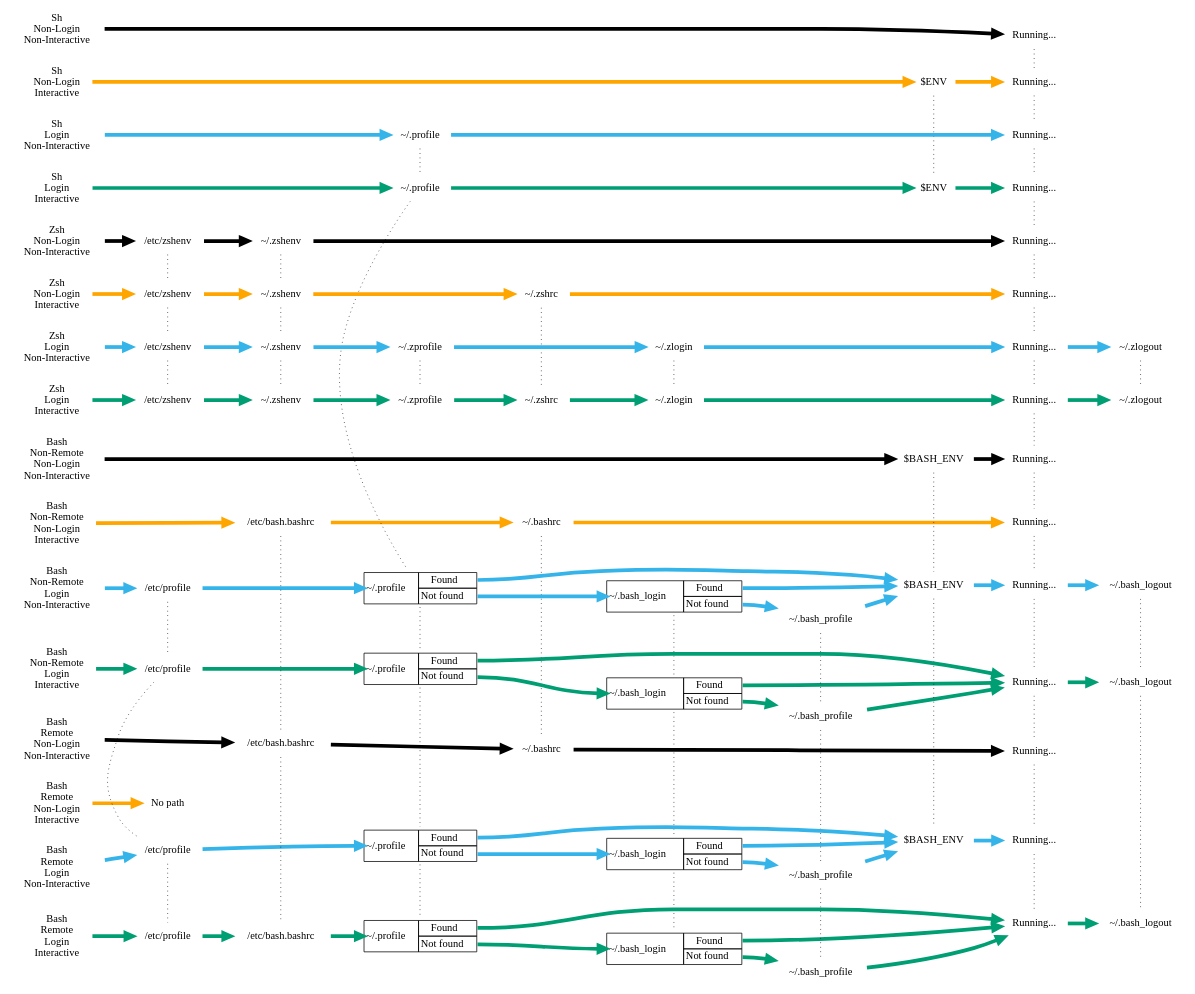
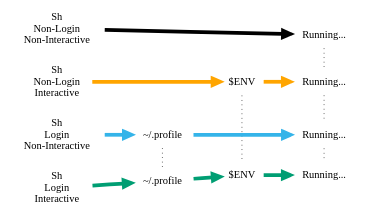
The diagram in assets/sh-zsh-bash-refactor/samerank/samerank.dot (mikemol/mikemol.github.io), drawn with Graphviz before and after one commit. The commit also changed 8 other files, not shown here.

```diff
--- a/assets/sh-zsh-bash-refactor/samerank/samerank.dot
+++ b/assets/sh-zsh-bash-refactor/samerank/samerank.dot
@@ -8,73 +8,7 @@
         sh_ni [label="Sh\nNon-Login\nInteractive"]
         sh_ln [label="Sh\nLogin\nNon-Interactive"]
         sh_li [label="Sh\nLogin\nInteractive"]
-        zsh_nn [label="Zsh\nNon-Login\nNon-Interactive"]
-        zsh_ni [label="Zsh\nNon-Login\nInteractive"]
-        zsh_ln [label="Zsh\nLogin\nNon-Interactive"]
-        zsh_li [label="Zsh\nLogin\nInteractive"]
-        bash_nnn [label="Bash\nNon-Remote\nNon-Login\nNon-Interactive"]
-        bash_nni [label="Bash\nNon-Remote\nNon-Login\nInteractive"]
-        bash_nln [label="Bash\nNon-Remote\nLogin\nNon-Interactive"]
-        bash_nli [label="Bash\nNon-Remote\nLogin\nInteractive"]
-        bash_rnn [label="Bash\nRemote\nNon-Login\nNon-Interactive"]
-        bash_rni [label="Bash\nRemote\nNon-Login\nInteractive"]
-        bash_rln [label="Bash\nRemote\nLogin\nNon-Interactive"]
-        bash_rli [label="Bash\nRemote\nLogin\nInteractive"]
-
-        edge [constraint=true style=invis]
-        bash_rnn -> bash_rni -> bash_rln 
     }
-    {
-        rank=same
-        node [label="/etc/profile"]
-        bash_nln_etc_profile ->
-        bash_nli_etc_profile ->
-        bash_rln_etc_profile ->
-        bash_rli_etc_profile
-    }
-    {
-        rank=same
-        node [label="~/.zlogin"]
-        zsh_ln_home_zlogin ->
-        zsh_li_home_zlogin
-
-        node  [label=< <table border='0' cellborder='1' cellspacing='0'><tr><td rowspan='2' port='in'>~/.bash_login</td><td port='found'>Found</td></tr><tr><td port='not_found'>Not found</td></tr></table> > shape=none]
-        bash_nln_home_bash_login_case ->
-        bash_nli_home_bash_login_case ->
-        bash_rln_home_bash_login_case ->
-        bash_rli_home_bash_login_case
-    }
-    {
-        rank=same
-        node [label="~/.bash_profile"]
-        bash_nln_home_bash_profile ->
-        bash_nli_home_bash_profile ->
-        bash_rln_home_bash_profile ->
-        bash_rli_home_bash_profile
-    }
-
-    {
-        rank=same
-        node [label="/etc/bash.bashrc"]
-        bash_nni_bashrc ->
-        bash_rnn_bashrc ->
-        bash_rli_bashrc
-    }
-    {
-        rank=same
-        node [label="~/.zshrc"]
-        zsh_ni_home_zshrc
-        zsh_li_home_zshrc
-        node [label="~/.bashrc"]
-        bash_nni_home_bashrc
-        bash_rnn_home_bashrc
-
-        zsh_ni_home_zshrc ->
-        zsh_li_home_zshrc
-        bash_nni_home_bashrc ->
-        bash_rnn_home_bashrc
-    }
-    
     {
         rank=same
         edge [constraint=true]
@@ -82,82 +16,20 @@
         sh_nn_running ->
         sh_ni_running ->
         sh_ln_running ->
-        sh_li_running ->
-        zsh_nn_running ->
-        zsh_ni_running ->
-        zsh_ln_running_to_logout ->
-        zsh_li_running_to_logout ->
-        bash_nnn_running ->
-        bash_nni_running ->
-        bash_nln_running_to_logout ->
-        bash_nli_running_to_logout ->
-        bash_rnn_running ->
-        bash_rln_running ->
-        bash_rli_running_to_logout
+        sh_li_running
     }
-
-
     {
         rank=same
-        node [label="$BASH_ENV"]
-        bash_nnn_bash_env ->
-        bash_nln_bash_env ->
-        bash_rln_bash_env
         node [label="$ENV"]
         sh_ni_env ->
         sh_li_env
     }
-
-    {
-        rank=same
-        node [label="~/.zlogout"]
-        zsh_ln_home_zlogout ->
-        zsh_li_home_zlogout
-        node [label="~/.bash_logout"]
-        bash_nln_logout ->
-        bash_nli_logout ->
-        bash_rli_logout
-    }
-
     {
         rank=same
         node [label="~/.profile"]
         sh_ln_home_profile ->
         sh_li_home_profile
-
-        node [label="~/.zprofile"]
-        zsh_ln_home_zprofile ->
-        zsh_li_home_zprofile
-
-        node [label=< <table border='0' cellborder='1' cellspacing='0'><tr><td rowspan='2' port='in'>~/.profile</td><td port='found'>Found</td></tr><tr><td port='not_found'>Not found</td></tr></table> > shape=none]
-        bash_nln_home_profile_case ->
-        bash_nli_home_profile_case ->
-        bash_rln_home_profile_case ->
-        bash_rli_home_profile_case
-
-        sh_li_home_profile -> bash_nln_home_profile_case
-
     }
-
-    {
-        rank=same
-        node [label="~/.zshenv"]
-        zsh_nn_home_zshenv ->
-        zsh_ni_home_zshenv ->
-        zsh_ln_home_zshenv ->
-        zsh_li_home_zshenv
-    }
-
-    {
-        rank=same
-        node [label="/etc/zshenv"]
-        zsh_nn_etc_zshenv ->
-        zsh_ni_etc_zshenv ->
-        zsh_ln_etc_zshenv ->
-        zsh_li_etc_zshenv
-    }
-
-    no_path [label="No path"]
 
     edge [penwidth=5 constraint=true style=solid dir=forward]
 
@@ -172,62 +44,4 @@
 
     edge [color="#009e73"]
     sh_li -> sh_li_home_profile -> sh_li_env -> sh_li_running
-
-    edge [color="black"]
-    zsh_nn -> zsh_nn_etc_zshenv -> zsh_nn_home_zshenv -> zsh_nn_running
-
-    edge [color="orange"]
-    zsh_ni -> zsh_ni_etc_zshenv -> zsh_ni_home_zshenv -> zsh_ni_home_zshrc -> zsh_ni_running
-
-    edge [color="#35b4e9"]
-    zsh_ln -> zsh_ln_etc_zshenv -> zsh_ln_home_zshenv -> zsh_ln_home_zprofile -> zsh_ln_home_zlogin -> zsh_ln_running_to_logout -> zsh_ln_home_zlogout
-
-    edge [color="#009e73"]
-    zsh_li -> zsh_li_etc_zshenv -> zsh_li_home_zshenv -> zsh_li_home_zprofile -> zsh_li_home_zshrc -> zsh_li_home_zlogin -> zsh_li_running_to_logout -> zsh_li_home_zlogout
-
-    edge [color="black"]
-    bash_nnn -> bash_nnn_bash_env -> bash_nnn_running
-
-    edge [color="orange"]
-    bash_nni -> bash_nni_bashrc
-    bash_nni_bashrc -> bash_nni_home_bashrc -> bash_nni_running
-
-    edge [color="#35b4e9"]
-    bash_nln -> bash_nln_etc_profile -> bash_nln_home_profile_case:in
-    bash_nln_bash_env -> bash_nln_running_to_logout
-    bash_nln_home_bash_login_case:found -> bash_nln_bash_env
-    bash_nln_home_bash_login_case:not_found -> bash_nln_home_bash_profile -> bash_nln_bash_env
-    bash_nln_home_profile_case:found -> bash_nln_bash_env
-    bash_nln_home_profile_case:not_found -> bash_nln_home_bash_login_case:in
-    bash_nln_running_to_logout -> bash_nln_logout
-
-    edge [color="#009e73"]
-    bash_nli -> bash_nli_etc_profile -> bash_nli_home_profile_case:in
-    bash_nli_home_bash_login_case:found -> bash_nli_running_to_logout
-    bash_nli_home_bash_login_case:not_found -> bash_nli_home_bash_profile -> bash_nli_running_to_logout 
-    bash_nli_home_profile_case:found -> bash_nli_running_to_logout
-    bash_nli_home_profile_case:not_found -> bash_nli_home_bash_login_case:in
-    bash_nli_running_to_logout -> bash_nli_logout
-
-    edge [color="black"]
-    bash_rnn -> bash_rnn_bashrc -> bash_rnn_home_bashrc -> bash_rnn_running
-
-    edge [color="orange"]
-    bash_rni -> no_path
-
-    edge [color="#35b4e9"]
-    bash_rln -> bash_rln_etc_profile -> bash_rln_home_profile_case:in
-    bash_rln_home_profile_case:found -> bash_rln_bash_env
-    bash_rln_home_profile_case:not_found -> bash_rln_home_bash_login_case:in
-    bash_rln_home_bash_login_case:found -> bash_rln_bash_env
-    bash_rln_home_bash_login_case:not_found -> bash_rln_home_bash_profile -> bash_rln_bash_env
-    bash_rln_bash_env -> bash_rln_running
-
-    edge [color="#009e73"]
-    bash_rli -> bash_rli_etc_profile -> bash_rli_bashrc -> bash_rli_home_profile_case:in
-    bash_rli_home_bash_login_case:found -> bash_rli_running_to_logout
-    bash_rli_home_bash_login_case:not_found -> bash_rli_home_bash_profile -> bash_rli_running_to_logout
-    bash_rli_home_profile_case:found -> bash_rli_running_to_logout 
-    bash_rli_home_profile_case:not_found -> bash_rli_home_bash_login_case:in
-    bash_rli_running_to_logout -> bash_rli_logout
 }
```
